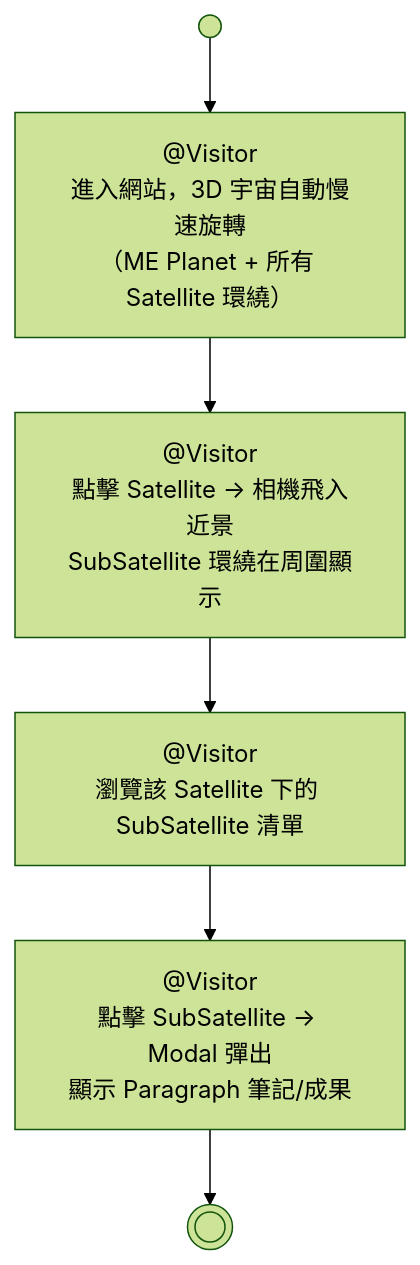
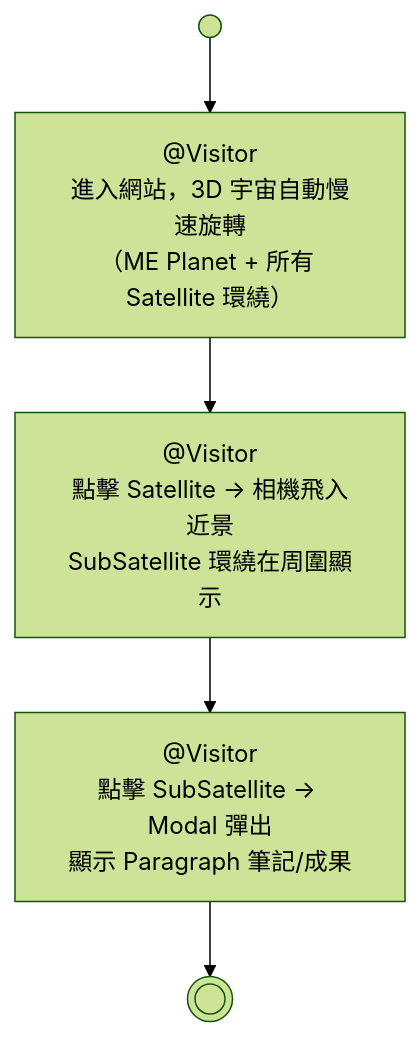
One commit to lallumeurRuby/ME_planet changed the diagram in specs/activities/前台展示流程.mmd. Above: the diagram before and after it, drawn with Mermaid (forest theme). The commit also changed 20 other files, not shown here.

```diff
--- a/specs/activities/前台展示流程.mmd
+++ b/specs/activities/前台展示流程.mmd
@@ -1,31 +1,27 @@
 %% ═══ 區段一：Activity 標頭與 Actor 宣告 ═══
 %% [ACTIVITY] 前台展示流程
 %% [ACTOR] Visitor -> {specs/actors/訪客.md}
 
 flowchart TD
 
 %% ═══ 區段二：節點定義 ═══
 
     Start(( ))
 
     %% [STEP:1] @Visitor {features/visitor/universe/瀏覽3D宇宙.feature}
     S1["@Visitor<br/>進入網站，3D 宇宙自動慢速旋轉<br/>（ME Planet + 所有 Satellite 環繞）"]
 
     %% [STEP:2] @Visitor {features/visitor/universe/探索衛星.feature}
     S2["@Visitor<br/>點擊 Satellite → 相機飛入近景<br/>SubSatellite 環繞在周圍顯示"]
 
-    %% [STEP:3] @Visitor {features/visitor/universe/探索子衛星.feature}
-    S3["@Visitor<br/>瀏覽該 Satellite 下的 SubSatellite 清單"]
-
-    %% [STEP:4] @Visitor {features/visitor/universe/查看段落.feature}
-    S4["@Visitor<br/>點擊 SubSatellite → Modal 彈出<br/>顯示 Paragraph 筆記/成果"]
+    %% [STEP:3] @Visitor {features/visitor/universe/查看段落.feature}
+    S3["@Visitor<br/>點擊 SubSatellite → Modal 彈出<br/>顯示 Paragraph 筆記/成果"]
 
     End((( )))
 
 %% ═══ 區段三：邊定義 ═══
 
     Start --> S1
     S1 --> S2
     S2 --> S3
-    S3 --> S4
-    S4 --> End
+    S3 --> End
```
